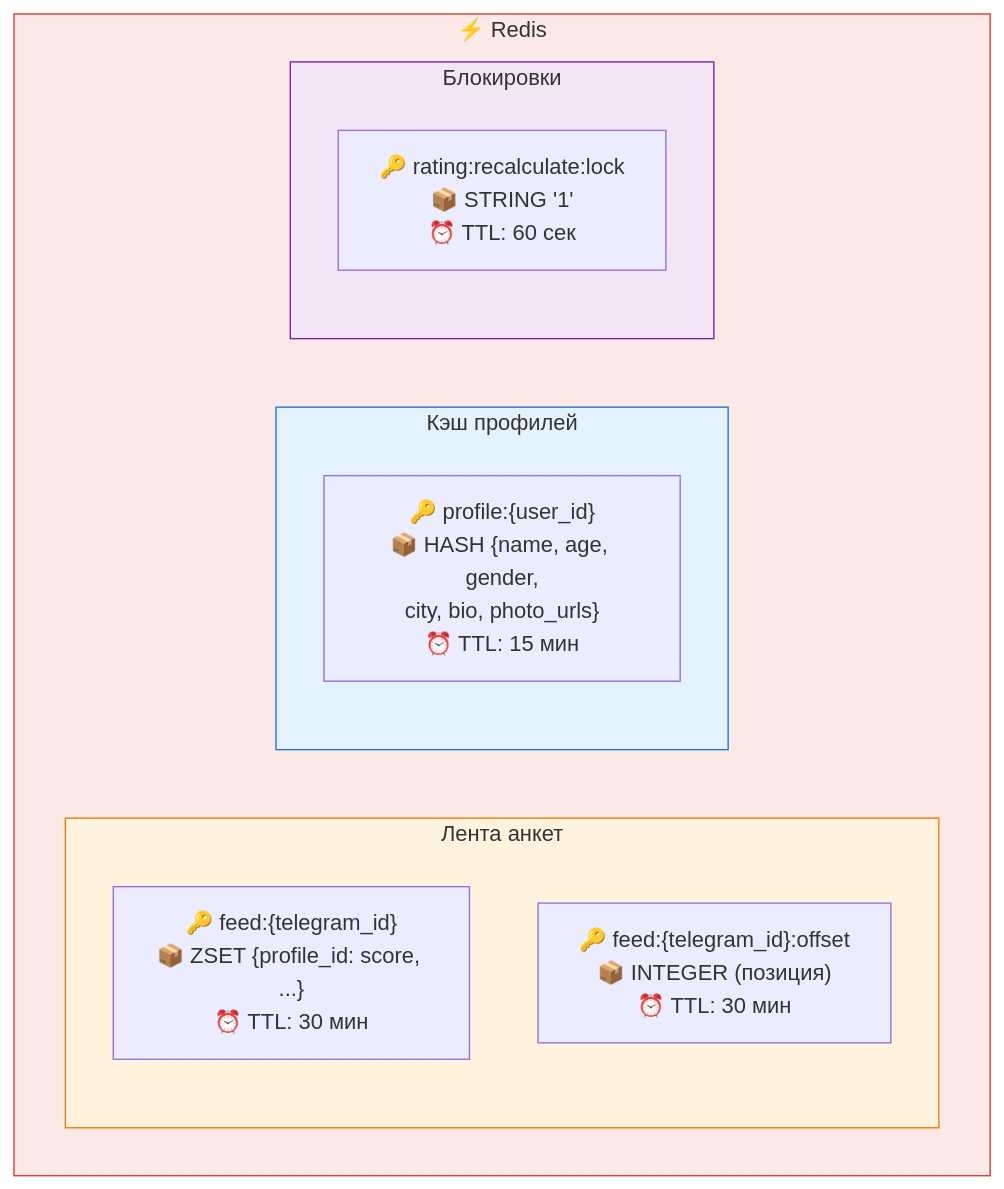
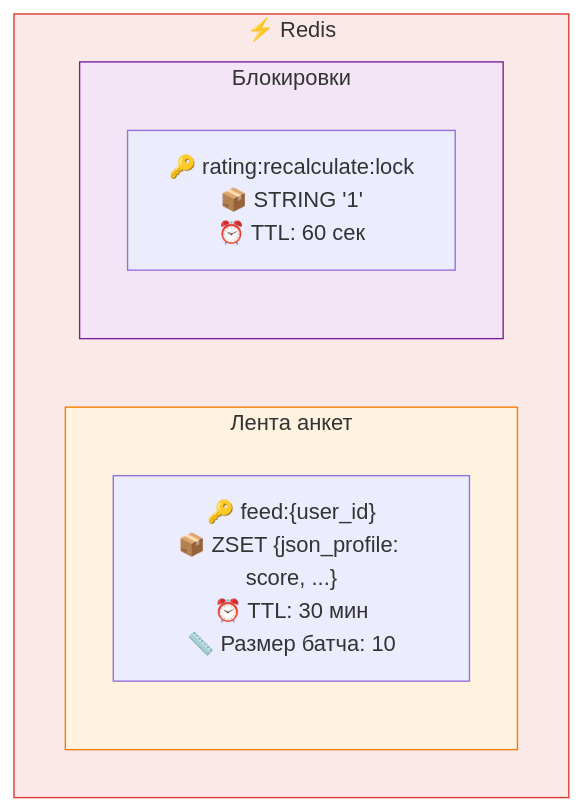
The second of 2 diagrams in docs/database.md (UsachovaUlyana/ulsu), drawn with Mermaid before and after one commit. The commit also changed other lines of this file and 184 other files, not shown here.

````diff
--- a/docs/database.md
+++ b/docs/database.md
@@ -404,22 +380,16 @@
 ```mermaid
 graph TB
     subgraph REDIS["⚡ Redis"]
         subgraph FEED["Лента анкет"]
-            F1["🔑 feed:{telegram_id}<br/>📦 ZSET {profile_id: score, ...}<br/>⏰ TTL: 30 мин"]
-            F2["🔑 feed:{telegram_id}:offset<br/>📦 INTEGER (позиция)<br/>⏰ TTL: 30 мин"]
-        end
-
-        subgraph PROFILE_CACHE["Кэш профилей"]
-            P1["🔑 profile:{user_id}<br/>📦 HASH {name, age, gender,<br/>city, bio, photo_urls}<br/>⏰ TTL: 15 мин"]
+            F1["🔑 feed:{user_id}<br/>📦 ZSET {json_profile: score, ...}<br/>⏰ TTL: 30 мин<br/>📏 Размер батча: 10"]
         end
 
         subgraph LOCKS["Блокировки"]
             L1["🔑 rating:recalculate:lock<br/>📦 STRING '1'<br/>⏰ TTL: 60 сек"]
         end
     end
 
     style REDIS fill:#fbe9e7,stroke:#dc382d
     style FEED fill:#fff3e0,stroke:#f57c00
-    style PROFILE_CACHE fill:#e3f2fd,stroke:#1976d2
     style LOCKS fill:#f3e5f5,stroke:#7b1fa2
 ```
````
